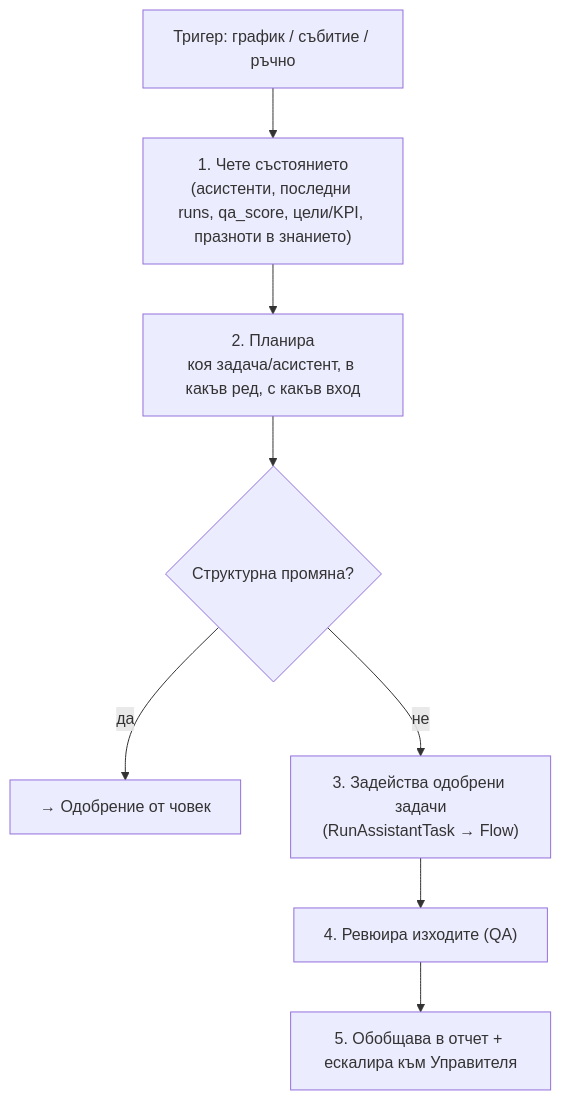
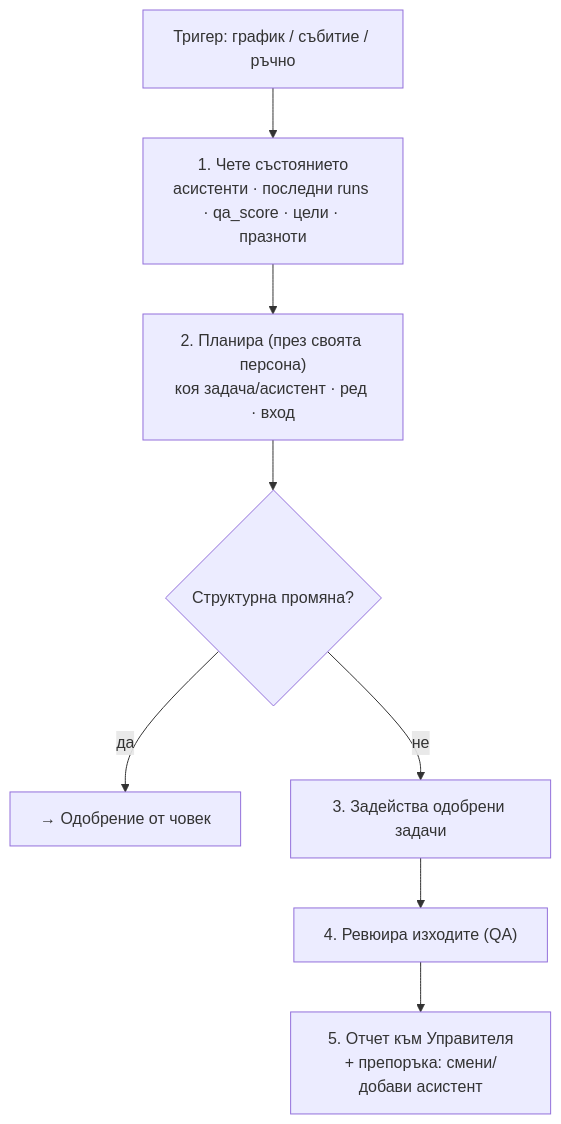
The seventh of 8 diagrams in docs/AI-ORGANIZATION-VISION.md (lstefanov/ai-agent-claude), drawn with Mermaid before and after one commit. The commit also changed other lines of this file and 7 other files, not shown here.

````diff
--- a/docs/AI-ORGANIZATION-VISION.md
+++ b/docs/AI-ORGANIZATION-VISION.md
@@ -177,10 +245,10 @@
 ```mermaid
 flowchart TD
-    W["Тригер: график / събитие / ръчно"] --> S["1. Чете състоянието<br/>(асистенти, последни runs, qa_score, цели/KPI, празноти в знанието)"]
-    S --> P["2. Планира<br/>коя задача/асистент, в какъв ред, с какъв вход"]
+    W["Тригер: график / събитие / ръчно"] --> S["1. Чете състоянието<br/>асистенти · последни runs · qa_score · цели · празноти"]
+    S --> P["2. Планира (през своята персона)<br/>коя задача/асистент · ред · вход"]
     P --> Gate{"Структурна промяна?"}
     Gate -->|да| Appr["→ Одобрение от човек"]
-    Gate -->|не| Run["3. Задейства одобрени задачи<br/>(RunAssistantTask → Flow)"]
+    Gate -->|не| Run["3. Задейства одобрени задачи"]
     Run --> Rev["4. Ревюира изходите (QA)"]
-    Rev --> Rep["5. Обобщава в отчет + ескалира към Управителя"]
+    Rev --> Rep["5. Отчет към Управителя<br/>+ препоръка: смени/добави асистент"]
 ```
````
